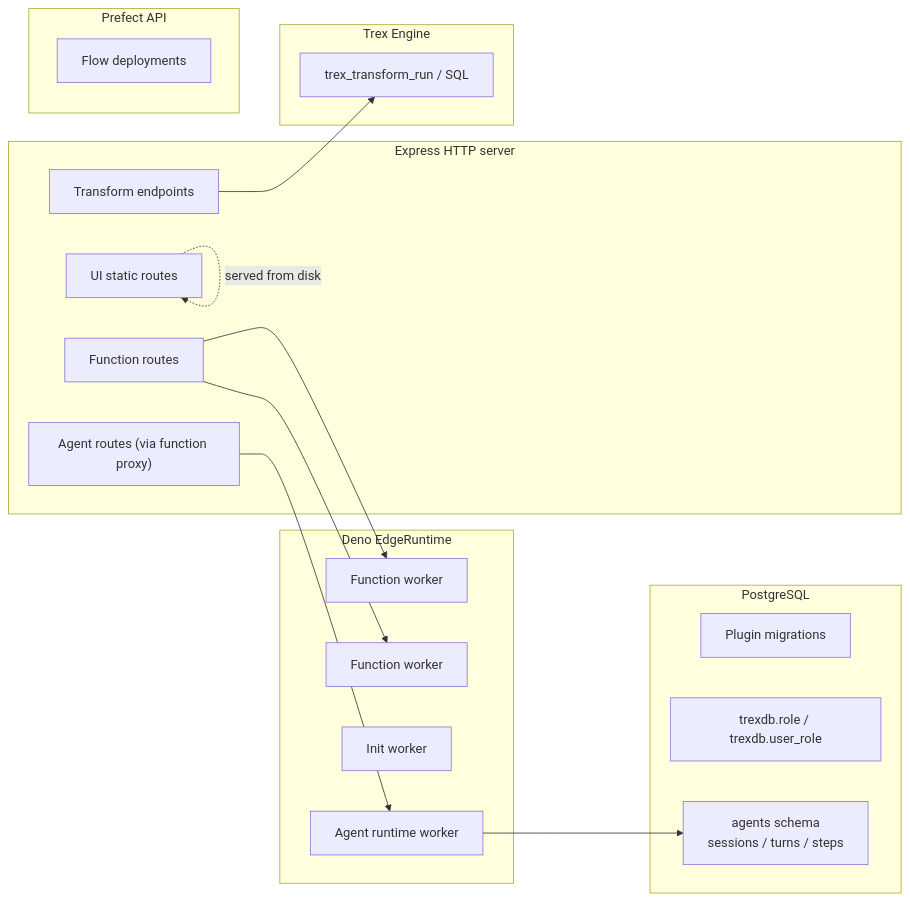
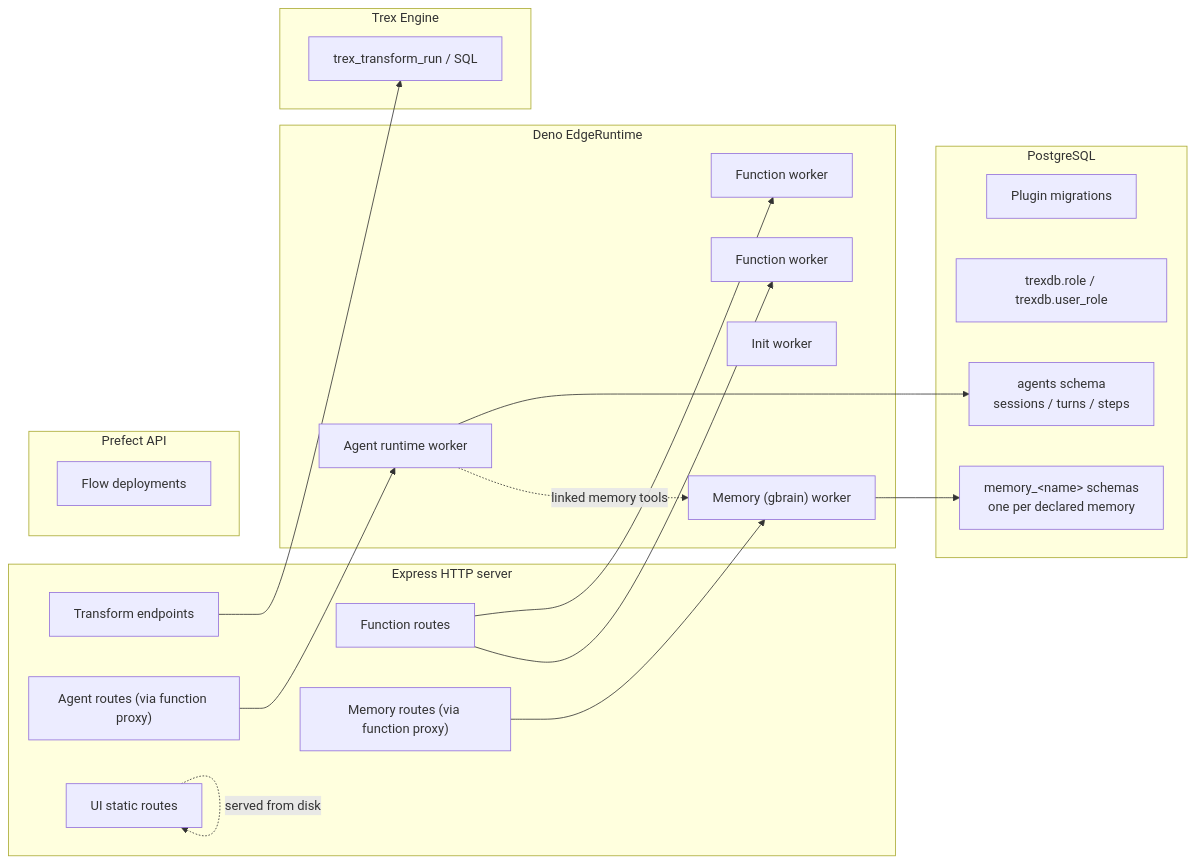
One commit to OHDSI/trex changed the second of 2 diagrams in plugins/docs/docs/concepts/plugin-system.md. Above: the diagram before and after it, drawn with Mermaid. The commit also changed other lines of this file and 8 other files, not shown here.

````diff
--- a/plugins/docs/docs/concepts/plugin-system.md
+++ b/plugins/docs/docs/concepts/plugin-system.md
@@ -109,37 +112,43 @@
 ```mermaid
 flowchart LR
     subgraph Express["Express HTTP server"]
         FunctionRoutes["Function routes"]
         UIStatic["UI static routes"]
         TransformEP["Transform endpoints"]
         AgentRoutes["Agent routes (via function proxy)"]
+        MemoryRoutes["Memory routes (via function proxy)"]
     end
 
     subgraph DenoRuntime["Deno EdgeRuntime"]
         FnWorker1["Function worker"]
         FnWorker2["Function worker"]
         InitWorker["Init worker"]
         AgentWorker["Agent runtime worker"]
+        MemoryWorker["Memory (gbrain) worker"]
     end
 
     subgraph TrexEngine["Trex Engine"]
         TrexQuery["trex_transform_run / SQL"]
     end
 
     subgraph PG["PostgreSQL"]
         Migrations["Plugin migrations"]
         Roles["trexdb.role / trexdb.user_role"]
         AgentState["agents schema<br/>sessions / turns / steps"]
+        MemorySchemas["memory_&lt;name&gt; schemas<br/>one per declared memory"]
     end
 
     subgraph Prefect["Prefect API"]
         FlowDeploy["Flow deployments"]
     end
 
     FunctionRoutes --> FnWorker1
     FunctionRoutes --> FnWorker2
     TransformEP --> TrexQuery
     AgentRoutes --> AgentWorker
     AgentWorker --> AgentState
+    MemoryRoutes --> MemoryWorker
+    MemoryWorker --> MemorySchemas
+    AgentWorker -.->|linked memory tools| MemoryWorker
     UIStatic -.->|served from disk| UIStatic
 ```
````
